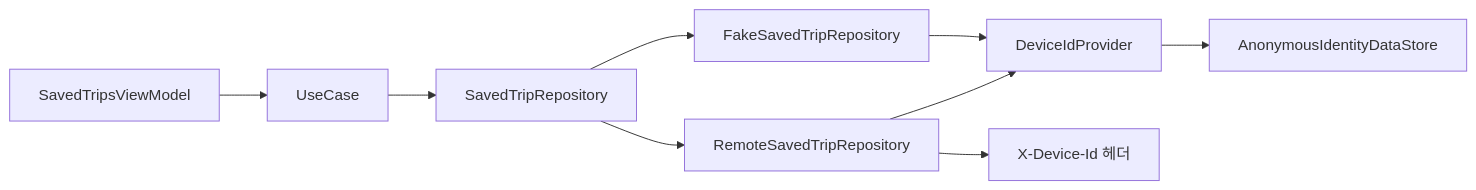
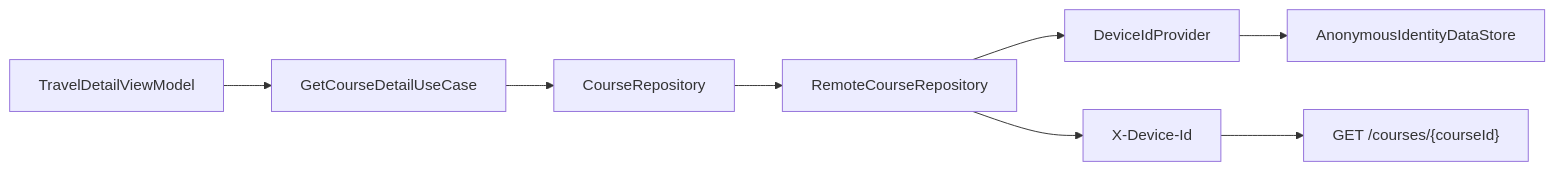
One commit to SAIRO14/SAIRO-ANDROID changed the diagram in docs/intermediate/device-id-provider.md. Above: the diagram before and after it, drawn with Mermaid. The commit also changed other lines of this file and 2 other files, not shown here.

````diff
--- a/docs/intermediate/device-id-provider.md
+++ b/docs/intermediate/device-id-provider.md
@@ -46,11 +49,10 @@
 ```mermaid
 flowchart LR
-    UI[SavedTripsViewModel] --> UC[UseCase]
-    UC --> RI[SavedTripRepository]
-    RI --> FR[FakeSavedTripRepository]
-    RI --> RR[RemoteSavedTripRepository]
-    FR --> DP[DeviceIdProvider]
-    RR --> DP
-    DP --> DS[AnonymousIdentityDataStore]
-    RR --> API[X-Device-Id 헤더]
+    UI["TravelDetailViewModel"] --> UC["GetCourseDetailUseCase"]
+    UC --> REPO["CourseRepository"]
+    REPO --> REMOTE["RemoteCourseRepository"]
+    REMOTE --> PROVIDER["DeviceIdProvider"]
+    PROVIDER --> STORE["AnonymousIdentityDataStore"]
+    REMOTE --> HEADER["X-Device-Id"]
+    HEADER --> API["GET /courses/{courseId}"]
 ```
````
